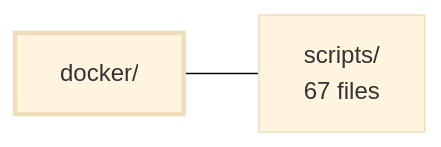
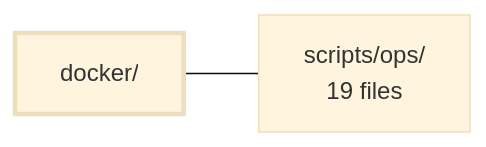
One commit to Guebbit/boilerplate-node-backend changed the diagram in .2brain/modules/boilerplate-node-backend_docker.md. Above: the diagram before and after it, drawn with Mermaid (base theme). The commit also changed other lines of this file and 187 other files, not shown here.

````diff
--- a/.2brain/modules/boilerplate-node-backend_docker.md
+++ b/.2brain/modules/boilerplate-node-backend_docker.md
@@ -46,7 +40,7 @@
 ```mermaid
 flowchart LR
     m_docker["docker/"]
-    m_scripts["scripts/<br/>67 files"]
-    m_docker --- m_scripts
+    m_scripts_ops["scripts/ops/<br/>19 files"]
+    m_docker --- m_scripts_ops
     style m_docker stroke-width:3px
 ```
````
